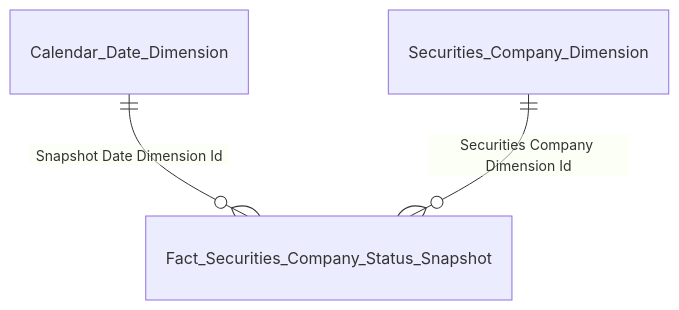
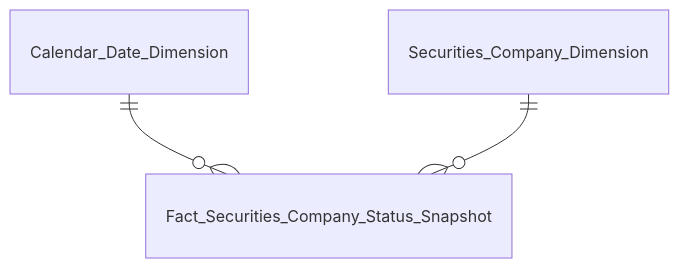
The first of 7 diagrams in Datamart/hld/DTM_QLKD_Entities.md (linhlvit/ubck_atomic_design), drawn with Mermaid before and after one commit. The commit also changed other lines of this file and 35 other files, not shown here.

````diff
--- a/Datamart/hld/DTM_QLKD_Entities.md
+++ b/Datamart/hld/DTM_QLKD_Entities.md
@@ -9,5 +11,5 @@
 ```mermaid
 erDiagram
-    Calendar_Date_Dimension ||--o{ Fact_Securities_Company_Status_Snapshot : "Snapshot Date Dimension Id"
-    Securities_Company_Dimension ||--o{ Fact_Securities_Company_Status_Snapshot : "Securities Company Dimension Id"
+    Calendar_Date_Dimension ||--o{ Fact_Securities_Company_Status_Snapshot : " "
+    Securities_Company_Dimension ||--o{ Fact_Securities_Company_Status_Snapshot : " "
 ```
````
